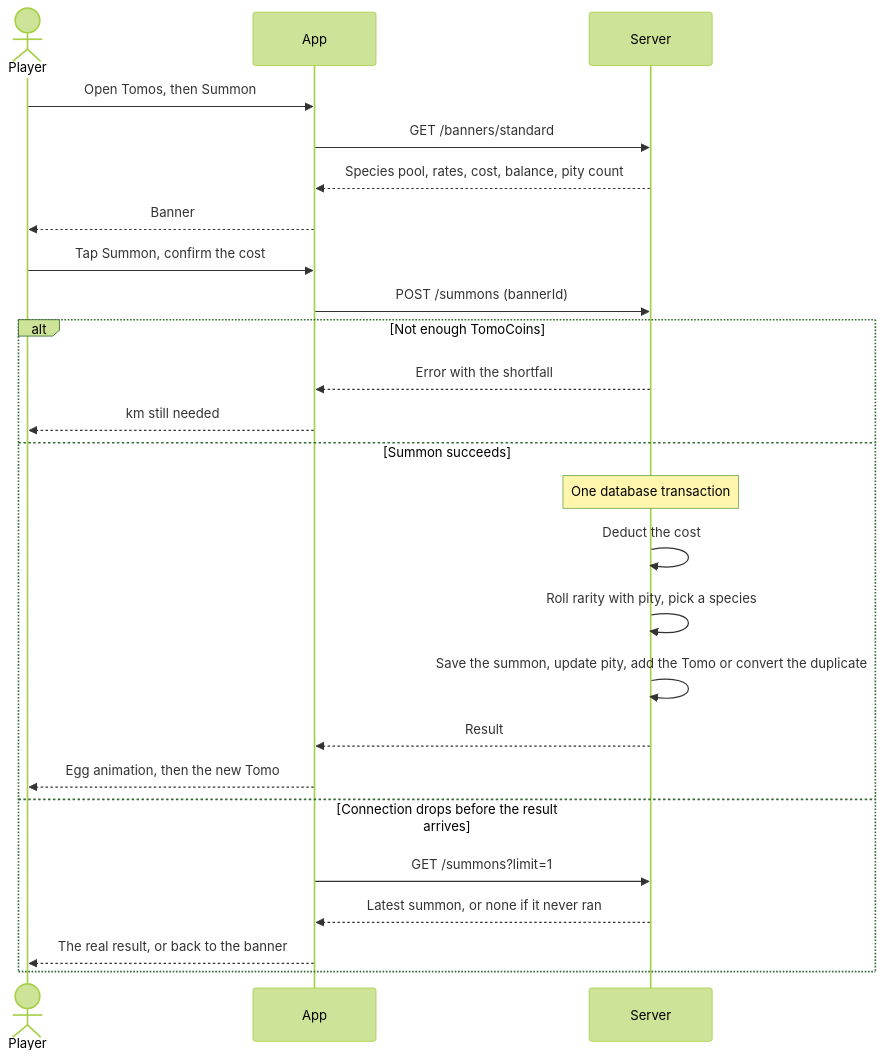
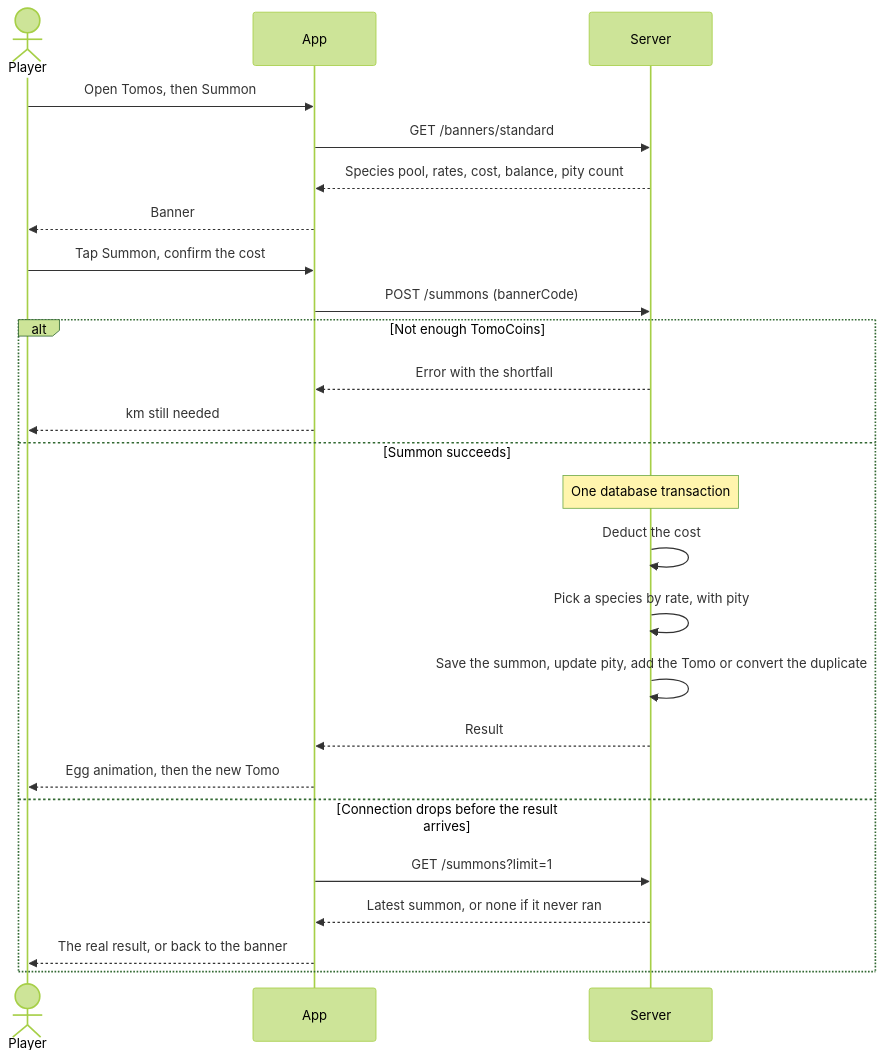
The diagram in docs/usecases/UC-12-summon-tomo.md (zhangs-tech/runtomo), drawn with Mermaid (forest theme) before and after one commit. The commit also changed other lines of this file and 13 other files, not shown here.

Commit message:
docs: move static game data out of ERD and drop achievements from MVP

````diff
--- a/docs/usecases/UC-12-summon-tomo.md
+++ b/docs/usecases/UC-12-summon-tomo.md
@@ -81,28 +81,28 @@
 ```mermaid
 sequenceDiagram
     actor P as Player
     participant A as App
     participant S as Server
 
     P->>A: Open Tomos, then Summon
     A->>S: GET /banners/standard
     S-->>A: Species pool, rates, cost, balance, pity count
     A-->>P: Banner
     P->>A: Tap Summon, confirm the cost
-    A->>S: POST /summons (bannerId)
+    A->>S: POST /summons (bannerCode)
     alt Not enough TomoCoins
         S-->>A: Error with the shortfall
         A-->>P: km still needed
     else Summon succeeds
         Note over S: One database transaction
         S->>S: Deduct the cost
-        S->>S: Roll rarity with pity, pick a species
+        S->>S: Pick a species by rate, with pity
         S->>S: Save the summon, update pity, add the Tomo or convert the duplicate
         S-->>A: Result
         A-->>P: Egg animation, then the new Tomo
     else Connection drops before the result arrives
         A->>S: GET /summons?limit=1
         S-->>A: Latest summon, or none if it never ran
         A-->>P: The real result, or back to the banner
     end
 ```
````
